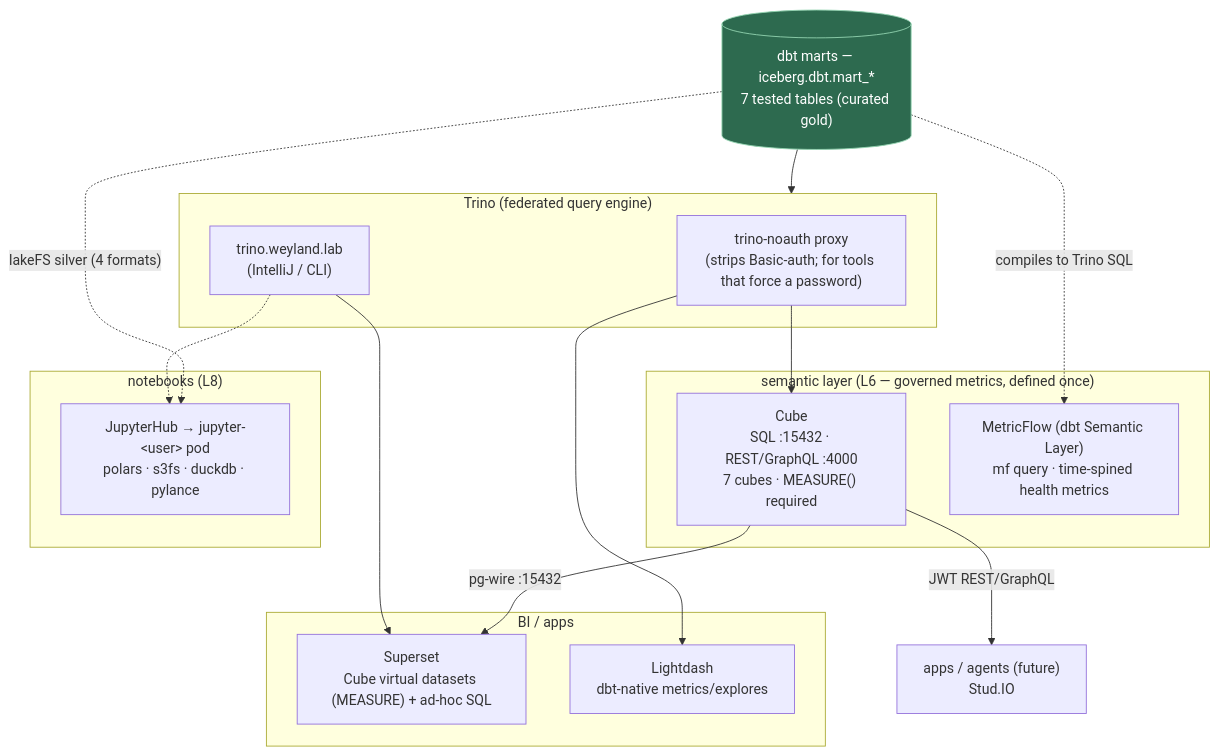
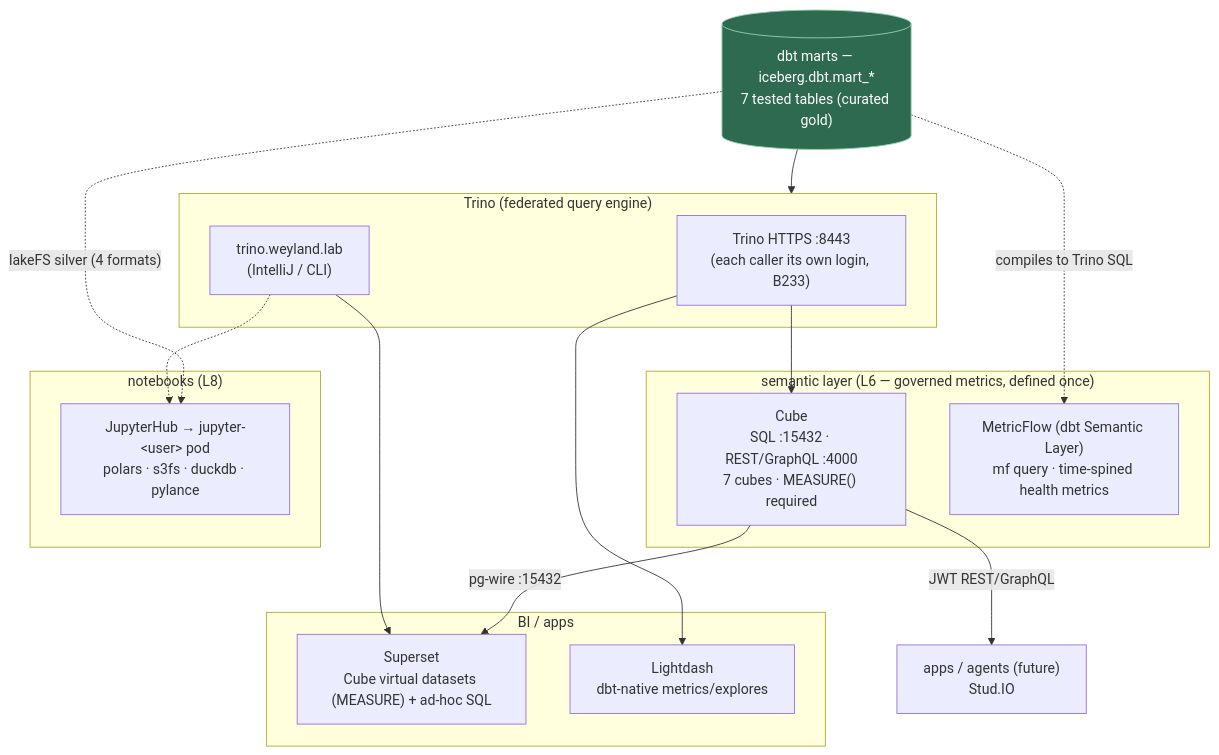
The first of 2 diagrams in docs/diagrams/flow-semantic-consumption.md (edtbl76/weyland-lab), drawn with Mermaid before and after one commit. The commit also changed other lines of this file and 96 other files, not shown here.

Commit message:
Enforce Trino authentication (B233): require passwords over HTTPS (8443) for all callers. Update scripts, docs, tests, and configs accordingly. Add sealed secrets for required credentials.

````diff
--- a/docs/diagrams/flow-semantic-consumption.md
+++ b/docs/diagrams/flow-semantic-consumption.md
@@ -9,36 +9,36 @@
 ```mermaid
 flowchart TB
   MARTS[("dbt marts — iceberg.dbt.mart_*<br/>7 tested tables (curated gold)")]
 
   subgraph TRINO["Trino (federated query engine)"]
-    NOAUTH["trino-noauth proxy<br/>(strips Basic-auth; for tools that force a password)"]
+    NOAUTH["Trino HTTPS :8443<br/>(each caller its own login, B233)"]
     TAUTH["trino.weyland.lab<br/>(IntelliJ / CLI)"]
   end
   MARTS --> TRINO
 
   subgraph SEM["semantic layer (L6 — governed metrics, defined once)"]
     CUBE["Cube<br/>SQL :15432 · REST/GraphQL :4000<br/>7 cubes · MEASURE() required"]
     MF["MetricFlow (dbt Semantic Layer)<br/>mf query · time-spined health metrics"]
   end
   NOAUTH --> CUBE
   MARTS -.->|"compiles to Trino SQL"| MF
 
   subgraph BI["BI / apps"]
     SUPERSET["Superset<br/>Cube virtual datasets (MEASURE) + ad-hoc SQL"]
     LIGHTDASH["Lightdash<br/>dbt-native metrics/explores"]
   end
   CUBE -->|"pg-wire :15432"| SUPERSET
   NOAUTH --> LIGHTDASH
   TAUTH --> SUPERSET
 
   subgraph NB["notebooks (L8)"]
     JHUB["JupyterHub → jupyter-&lt;user&gt; pod<br/>polars · s3fs · duckdb · pylance"]
   end
   MARTS -.->|"lakeFS silver (4 formats)"| JHUB
   TAUTH -.-> JHUB
 
   CUBE -->|"JWT REST/GraphQL"| APPS["apps / agents (future)<br/>Stud.IO"]
 
   classDef gold fill:#2d6a4f,stroke:#95d5b2,color:#fff;
   class MARTS gold;
 ```
````
